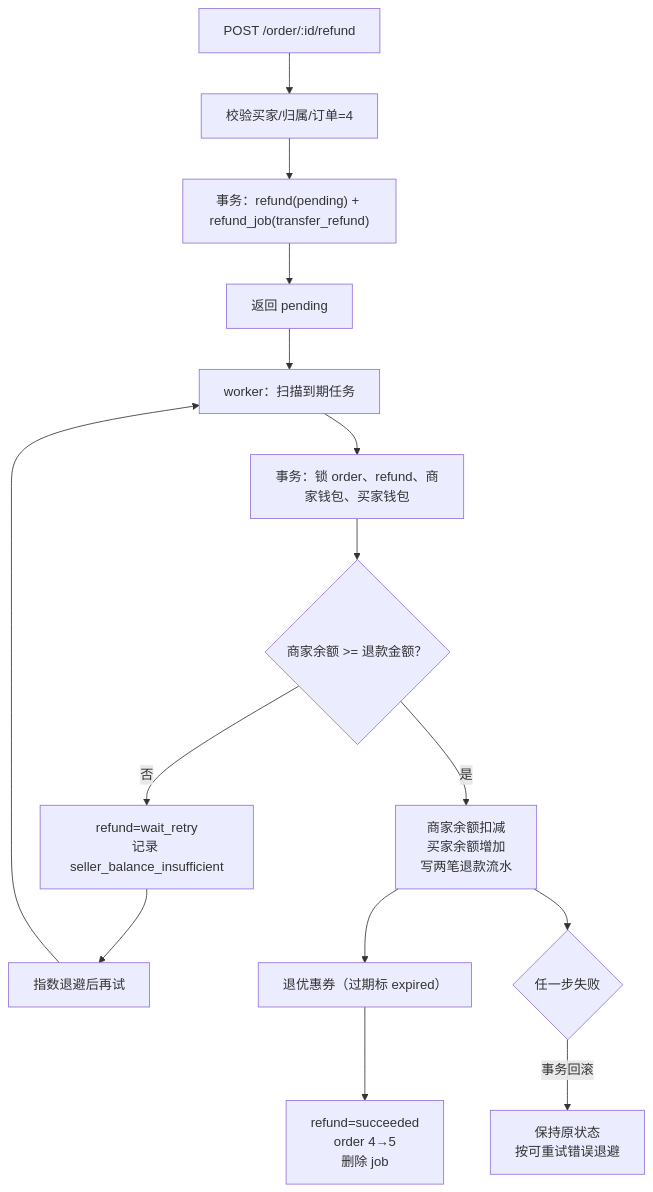
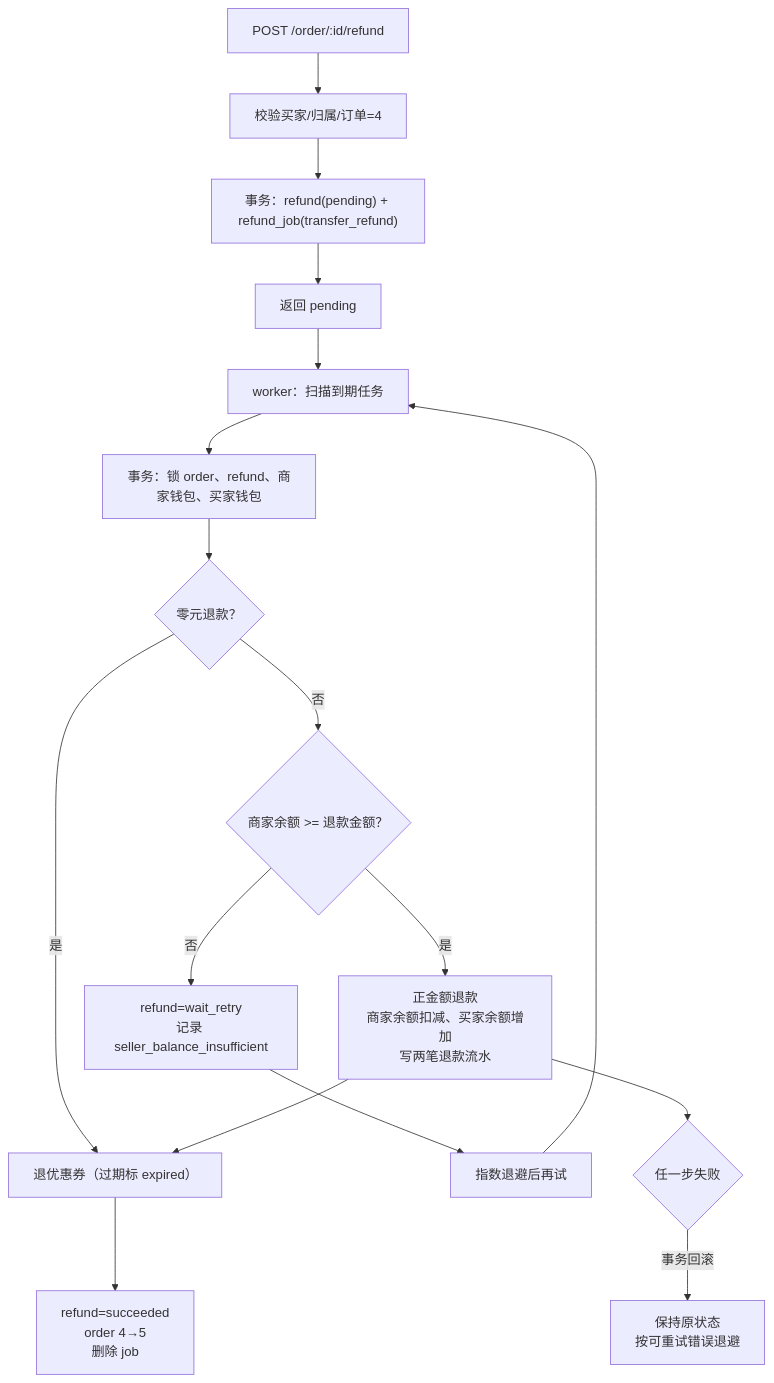
The second of 2 diagrams in docs/design/order-refund-wallet-design.md (wwwdotsheng/e-commerce), drawn with Mermaid before and after one commit. The commit also changed other lines of this file and 4 other files, not shown here.

````diff
--- a/docs/design/order-refund-wallet-design.md
+++ b/docs/design/order-refund-wallet-design.md
@@ -56,17 +56,19 @@
 ```mermaid
 flowchart TD
     A["POST /order/:id/refund"] --> B["校验买家/归属/订单=4"]
     B --> C["事务：refund(pending) + refund_job(transfer_refund)"]
     C --> D["返回 pending"]
     D --> E["worker：扫描到期任务"]
     E --> F["事务：锁 order、refund、商家钱包、买家钱包"]
-    F --> G{"商家余额 >= 退款金额？"}
+    F --> Z{"零元退款？"}
+    Z -->|"是"| K
+    Z -->|"否"| G{"商家余额 >= 退款金额？"}
     G -->|"否"| H["refund=wait_retry<br/>记录 seller_balance_insufficient"]
     H --> I["指数退避后再试"]
     I --> E
-    G -->|"是"| J["商家余额扣减<br/>买家余额增加<br/>写两笔退款流水"]
+    G -->|"是"| J["正金额退款<br/>商家余额扣减、买家余额增加<br/>写两笔退款流水"]
     J --> K["退优惠券（过期标 expired）"]
     K --> L["refund=succeeded<br/>order 4→5<br/>删除 job"]
     J --> M{"任一步失败"}
     M -->|"事务回滚"| N["保持原状态<br/>按可重试错误退避"]
 ```
````
